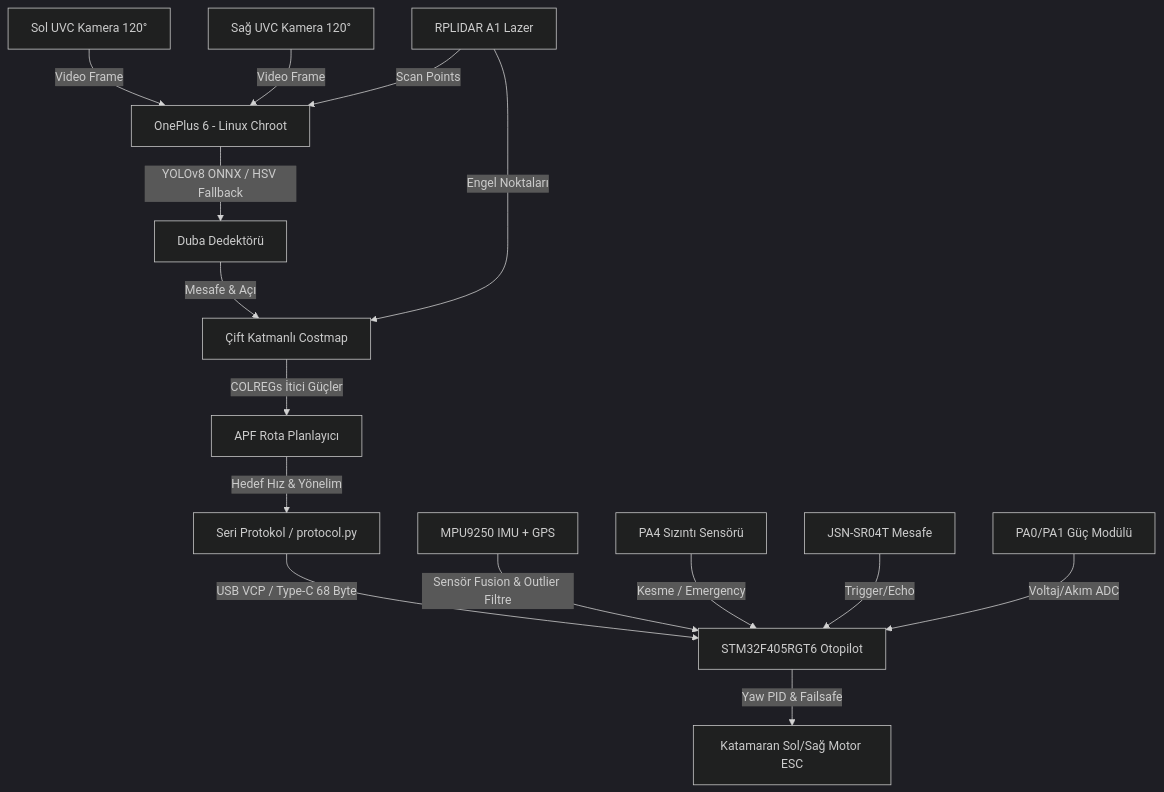
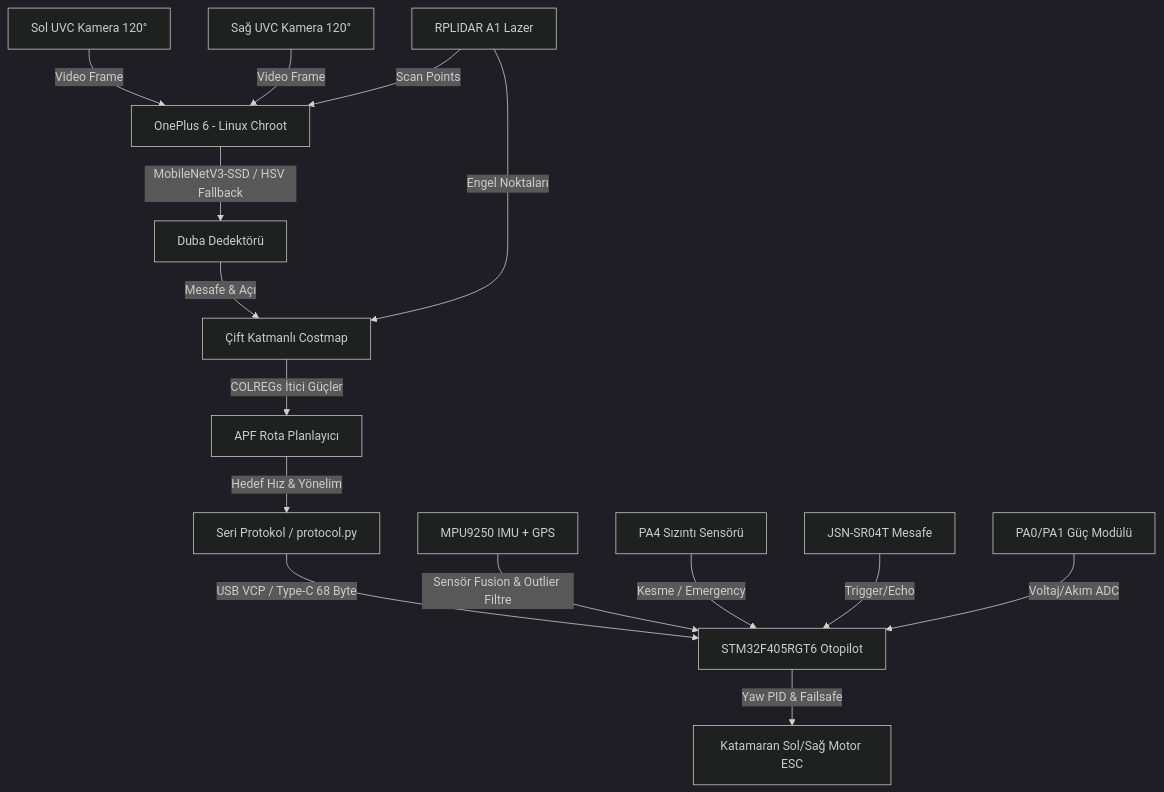
One commit to Awosakan/beebot changed the first of 2 diagrams in README_TR.md. Above: the diagram before and after it, drawn with Mermaid (dark theme). The commit also changed other lines of this file and 3 other files, not shown here.

````diff
--- a/README_TR.md
+++ b/README_TR.md
@@ -47,18 +47,18 @@
 ```mermaid
 graph TD
     Cam1[Sol UVC Kamera 120°] -->|Video Frame| B[OnePlus 6 - Linux Chroot]
     Cam2[Sağ UVC Kamera 120°] -->|Video Frame| B
     Lidar[RPLIDAR A1 Lazer] -->|Scan Points| B
-    B -->|YOLOv8 ONNX / HSV Fallback| C[Duba Dedektörü]
+    B -->|MobileNetV3-SSD / HSV Fallback| C[Duba Dedektörü]
     C -->|Mesafe & Açı| D[Çift Katmanlı Costmap]
     Lidar -->|Engel Noktaları| D
     D -->|COLREGs İtici Güçler| E[APF Rota Planlayıcı]
     E -->|Hedef Hız & Yönelim| F[Seri Protokol / protocol.py]
     
     F -->|USB VCP / Type-C 68 Byte| G[STM32F405RGT6 Otopilot]
     H[MPU9250 IMU + GPS] -->|Sensör Fusion & Outlier Filtre| G
     Leak[PA4 Sızıntı Sensörü] -->|Kesme / Emergency| G
     Ultrasonic[JSN-SR04T Mesafe] -->|Trigger/Echo| G
     Power[PA0/PA1 Güç Modülü] -->|Voltaj/Akım ADC| G
     G -->|Yaw PID & Failsafe| I[Katamaran Sol/Sağ Motor ESC]
 ```
````
